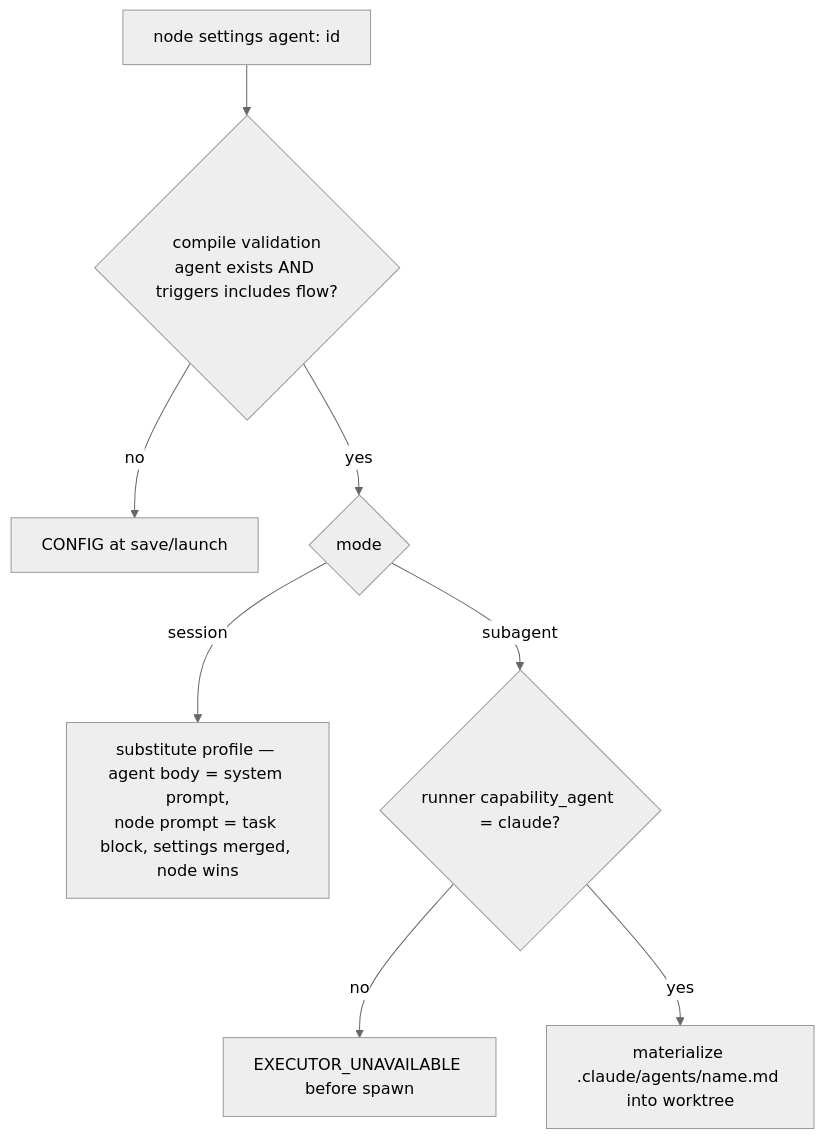
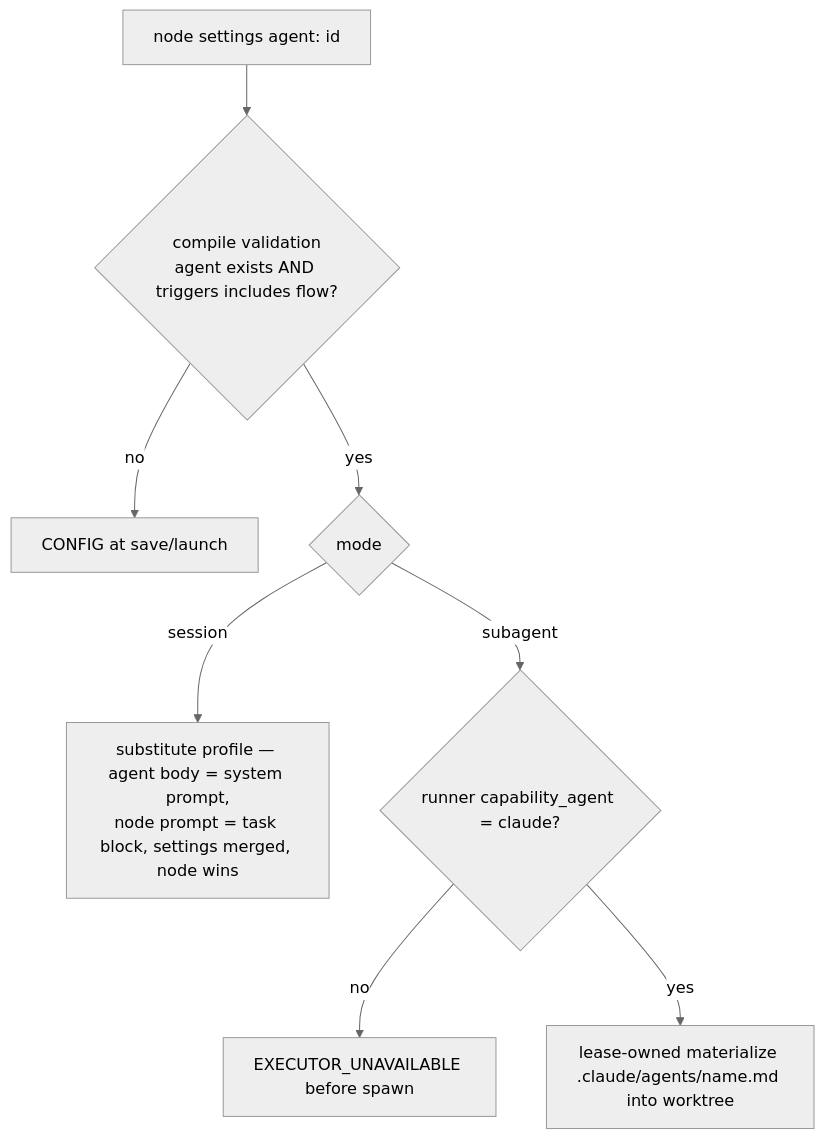
The seventh of 10 diagrams in docs/system-analytics/agents.md (maister-dev/maister), drawn with Mermaid (neutral theme) before and after one commit. The commit also changed other lines of this file and 16 other files, not shown here.

````diff
--- a/docs/system-analytics/agents.md
+++ b/docs/system-analytics/agents.md
@@ -290,10 +327,10 @@
 ```mermaid
 flowchart TD
     N[node settings agent: id] --> V{compile validation<br/>agent exists AND triggers includes flow?}
     V -- no --> C[CONFIG at save/launch]
     V -- yes --> M{mode}
     M -- session --> S[substitute profile — agent body = system prompt,<br/>node prompt = task block, settings merged, node wins]
     M -- subagent --> K{runner capability_agent = claude?}
     K -- no --> EU[EXECUTOR_UNAVAILABLE before spawn]
-    K -- yes --> W[materialize .claude/agents/name.md into worktree]
+    K -- yes --> W[lease-owned materialize .claude/agents/name.md into worktree]
 ```
````
